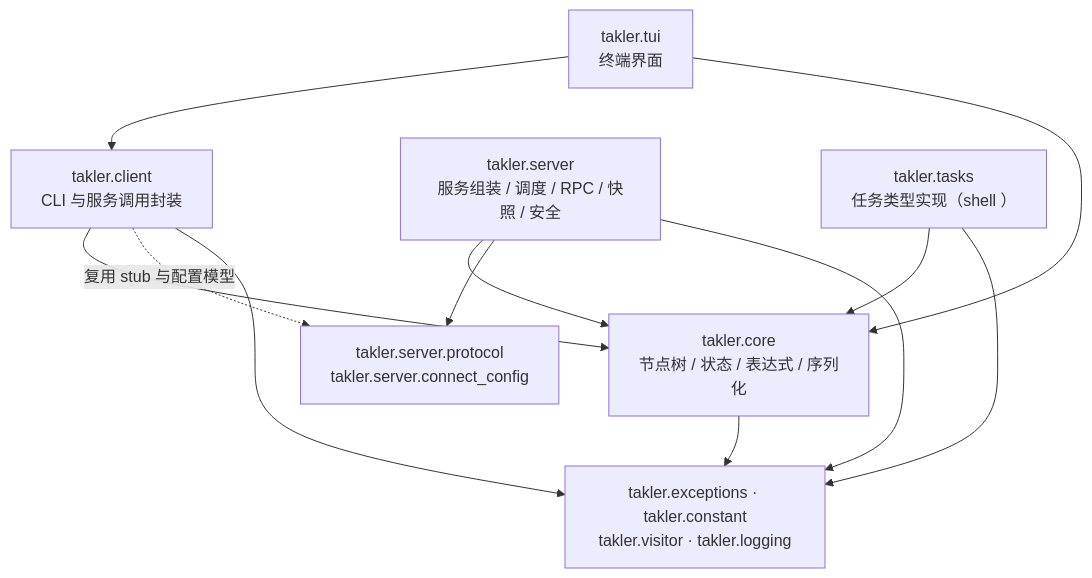
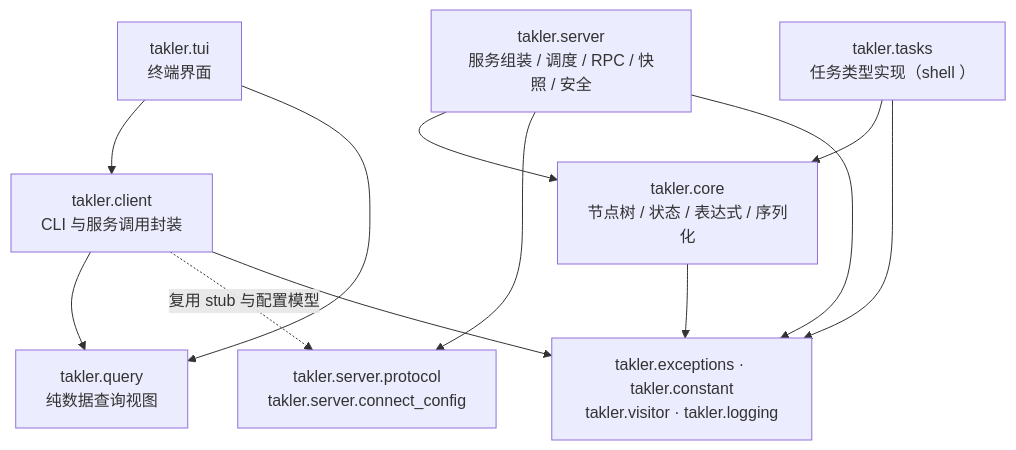
Before and after one commit to cemc-oper/takler: the second of 4 diagrams in doc/source/develop/architecture.rst, drawn with Mermaid. The commit also changed other lines of this file and 34 other files, not shown here.

First line of the commit message:
:sparkles: Add safe data-only query views for CLI and TUI

```diff
--- a/doc/source/develop/architecture.rst
+++ b/doc/source/develop/architecture.rst
@@ -73,21 +73,21 @@
 .. mermaid::
 
     flowchart TD
         TUI["takler.tui<br/>终端界面"]
         CLIENT["takler.client<br/>CLI 与服务调用封装"]
         SERVER["takler.server<br/>服务组装 / 调度 / RPC / 快照 / 安全"]
         TASKS["takler.tasks<br/>任务类型实现（shell ）"]
         CORE["takler.core<br/>节点树 / 状态 / 表达式 / 序列化"]
         BASE["takler.exceptions · takler.constant<br/>takler.visitor · takler.logging"]
 
         TUI --> CLIENT
-        TUI --> CORE
-        CLIENT --> CORE
+        TUI --> QUERY["takler.query<br/>纯数据查询视图"]
+        CLIENT --> QUERY
         CLIENT -.->|"复用 stub 与配置模型"| PROTO["takler.server.protocol<br/>takler.server.connect_config"]
         SERVER --> CORE
         SERVER --> PROTO
         TASKS --> CORE
         CORE --> BASE
         TASKS --> BASE
         SERVER --> BASE
         CLIENT --> BASE
```
